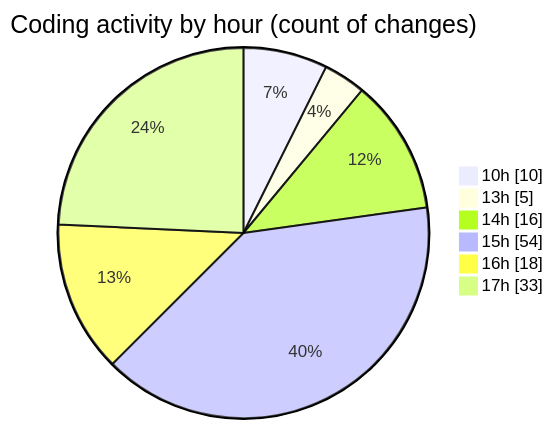
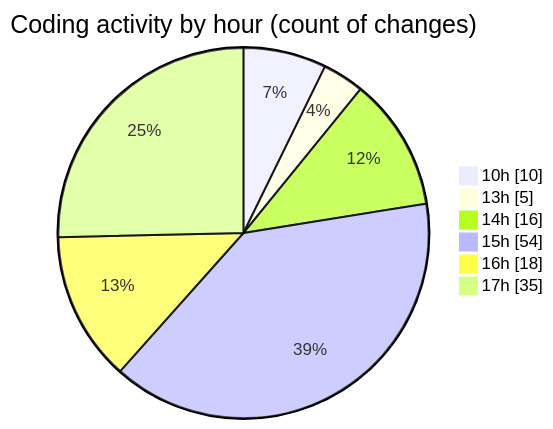
Before and after one commit to nxtqubesakshisongat/code-tracking: the second of 2 diagrams in 2025-07-30/nxtqube_webapp/README.md, drawn with Mermaid. The commit also changed other lines of this file and 1 other file, not shown here.

````diff
--- a/2025-07-30/nxtqube_webapp/README.md
+++ b/2025-07-30/nxtqube_webapp/README.md
@@ -39,10 +40,10 @@
 ```mermaid
 pie showData
 title Coding activity by hour (count of changes)
 "10h" : 10
 "13h" : 5
 "14h" : 16
 "15h" : 54
 "16h" : 18
-"17h" : 33
+"17h" : 35
 ```
````
